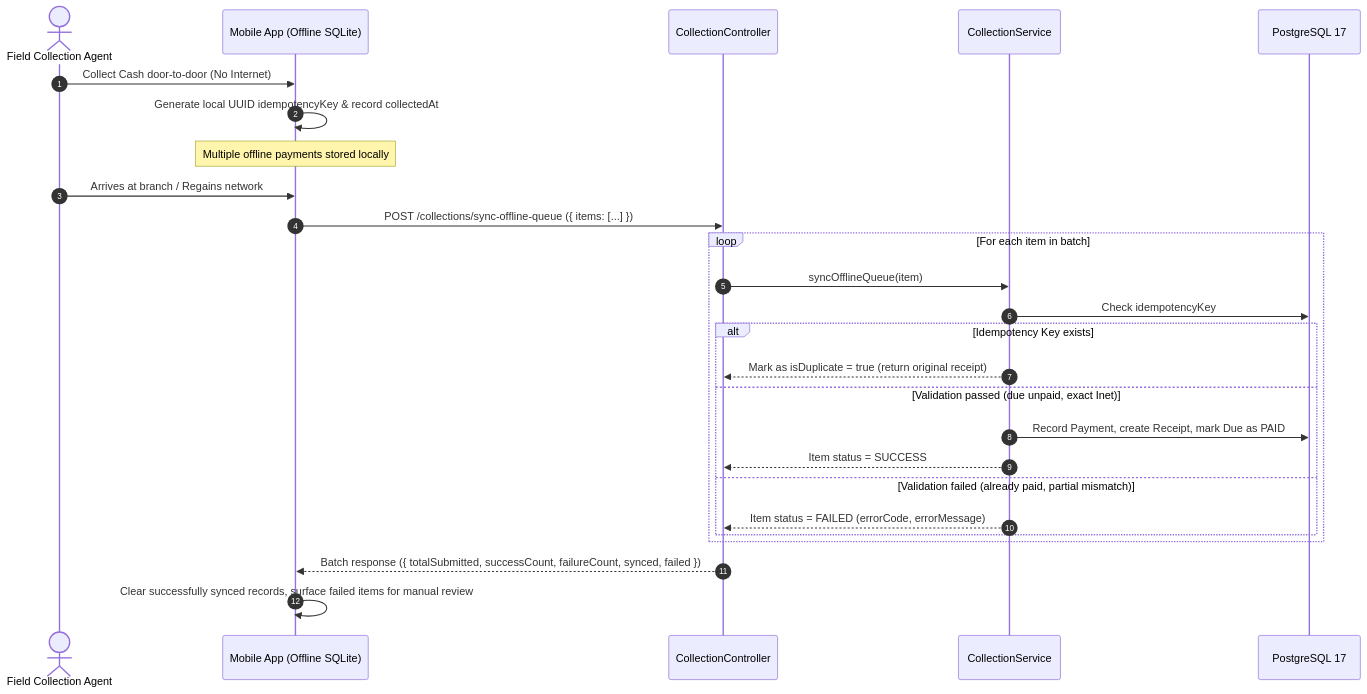
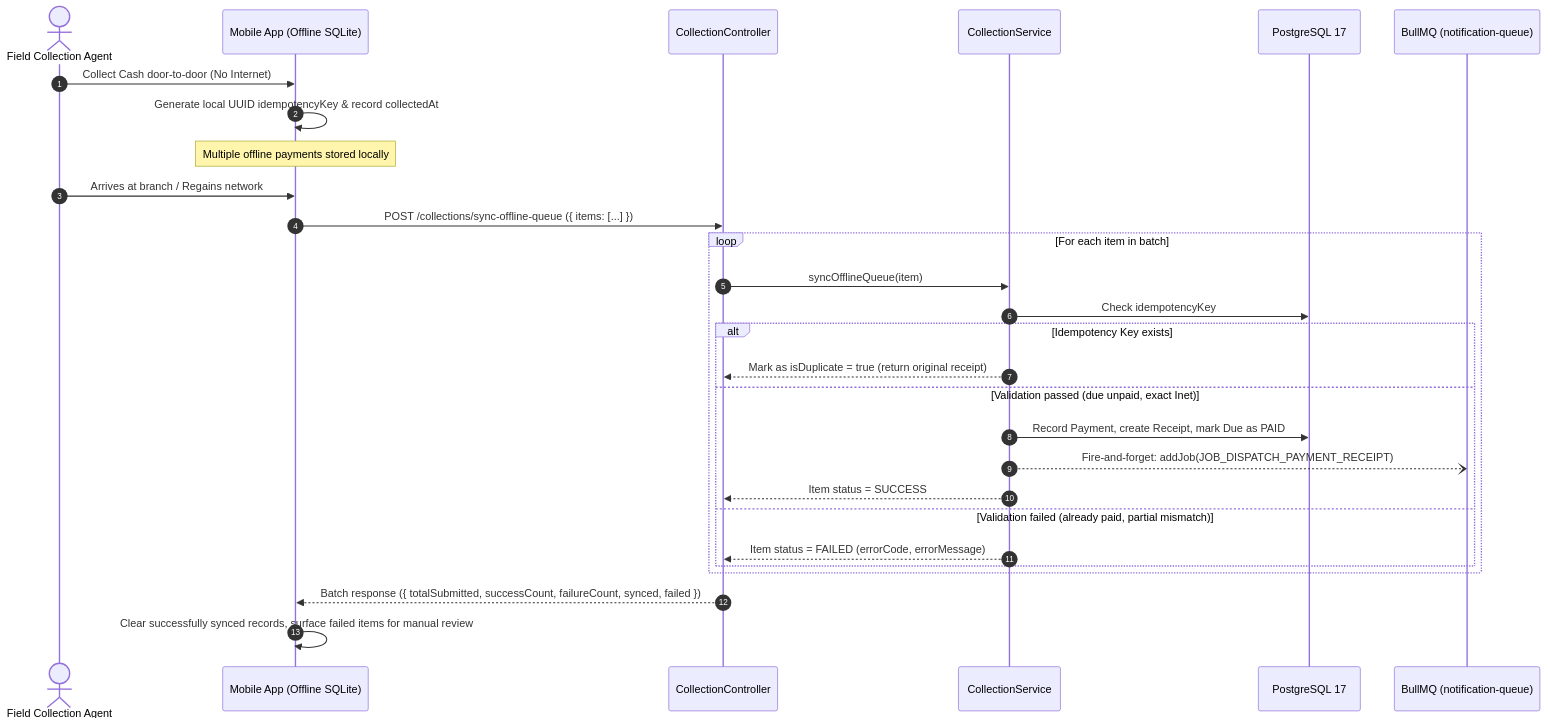
The diagram in apps/api/src/collection/README.md (Kathir-24/Kumaran-finance), drawn with Mermaid before and after one commit. The commit also changed other lines of this file and 25 other files, not shown here.

````diff
--- a/apps/api/src/collection/README.md
+++ b/apps/api/src/collection/README.md
@@ -36,29 +37,31 @@
 ```mermaid
 sequenceDiagram
     autonumber
     actor FieldAgent as Field Collection Agent
     participant Mobile as Mobile App (Offline SQLite)
     participant API as CollectionController
     participant Service as CollectionService
     participant DB as PostgreSQL 17
+    participant Queue as BullMQ (notification-queue)
 
     FieldAgent->>Mobile: Collect Cash door-to-door (No Internet)
     Mobile->>Mobile: Generate local UUID idempotencyKey & record collectedAt
     Note over Mobile: Multiple offline payments stored locally
     FieldAgent->>Mobile: Arrives at branch / Regains network
     Mobile->>API: POST /collections/sync-offline-queue ({ items: [...] })
     loop For each item in batch
         API->>Service: syncOfflineQueue(item)
         Service->>DB: Check idempotencyKey
         alt Idempotency Key exists
             Service-->>API: Mark as isDuplicate = true (return original receipt)
         else Validation passed (due unpaid, exact Inet)
             Service->>DB: Record Payment, create Receipt, mark Due as PAID
+            Service--)Queue: Fire-and-forget: addJob(JOB_DISPATCH_PAYMENT_RECEIPT)
             Service-->>API: Item status = SUCCESS
         else Validation failed (already paid, partial mismatch)
             Service-->>API: Item status = FAILED (errorCode, errorMessage)
         end
     end
     API-->>Mobile: Batch response ({ totalSubmitted, successCount, failureCount, synced, failed })
     Mobile->>Mobile: Clear successfully synced records, surface failed items for manual review
 ```
````
